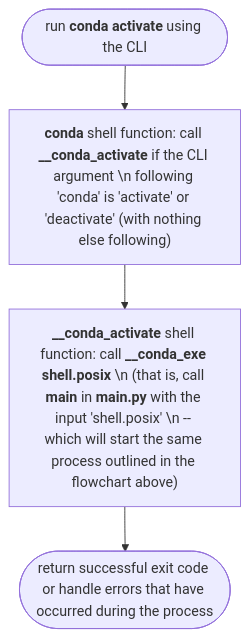
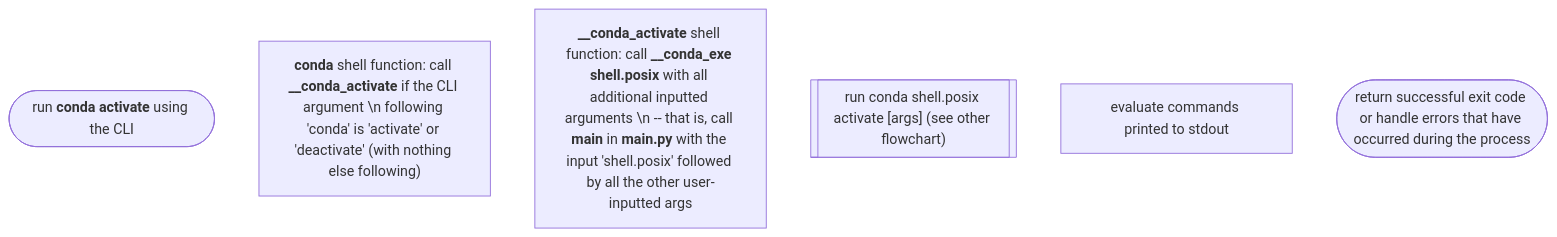
One commit to kalawac/conda changed the second of 2 diagrams in conda/shell/README.md. Above: the diagram before and after it, drawn with Mermaid. The commit also changed other lines of this file, not shown here.

Commit message:
Updated CLI flowchart

````diff
--- a/conda/shell/README.md
+++ b/conda/shell/README.md
@@ -154,15 +154,15 @@
 ```mermaid
 %%{init: {"flowchart": {"htmlLabels": false}} }%%
 flowchart TD
 	start(["`run **conda activate** using the CLI`"])
 
 	m1["`**conda** shell function: call **__conda_activate** if the CLI argument \n following 'conda' is 'activate' or 'deactivate' (with nothing else following)`"]
 	
-	m2["`**__conda_activate** shell function: call **__conda_exe shell.posix** \n (that is, call **main** in **main.py** with the input 'shell.posix' \n -- which will start the same process outlined in the flowchart above)`"]
+	m2["`**__conda_activate** shell function: call **__conda_exe shell.posix** with all additional inputted arguments \n -- that is, call **main** in **main.py** with the input 'shell.posix' followed by all the other user-inputted args`"]
+
+	m3[["`run conda shell.posix activate [args] (see other flowchart)`"]]
+
+	m4["`evaluate commands printed to stdout`"]
 
 	End1(["`return successful exit code or handle errors that have occurred during the process`"])
-
-	start --> m1
-	m1 --> m2
-	m2 --> End1
 ```
````
